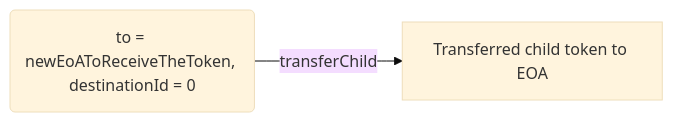
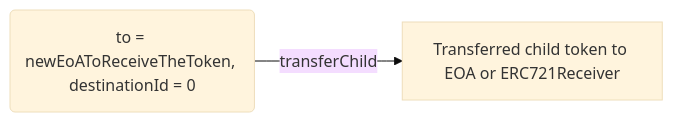
One commit to rmrk-team/NestingEIP changed the fifth of 6 diagrams in README.md. Above: the diagram before and after it, drawn with Mermaid (base theme).

Commit message:
Update 4th option for transferChild infographic

````diff
--- a/README.md
+++ b/README.md
@@ -487,4 +487,4 @@
 ```mermaid
 graph LR
-    A(to = newEoAToReceiveTheToken, destinationId = 0) -->|transferChild| B[Transferred child token to EOA]
+    A(to = newEoAToReceiveTheToken, destinationId = 0) -->|transferChild| B[Transferred child token to EOA or ERC721Receiver]
 ```
````
